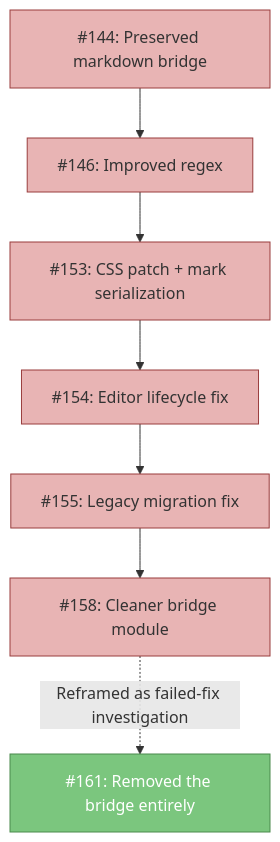
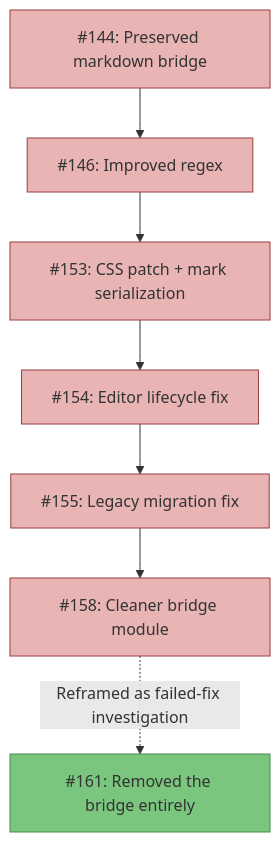
Before and after one commit to nathanjohnpayne/nathanpaynedotcom: the second of 5 diagrams in src/content/blog/six-prs-one-bug-agent-failure-modes.md, drawn with Mermaid. The commit also changed other lines of this file and 15 other files, not shown here.

Commit message:
fix(mermaid): enforce accessible label contrast (#748) (#750)

````diff
--- a/src/content/blog/six-prs-one-bug-agent-failure-modes.md
+++ b/src/content/blog/six-prs-one-bug-agent-failure-modes.md
@@ -155,17 +155,17 @@
 ```mermaid title="Six local fixes followed by one structural fix" description="Six pull requests preserve and refine the markdown bridge without resolving the bug; reframing the work as a failed-fix investigation leads to pull request 161, which removes the bridge."
 graph TD
     PR144["#144: Preserved markdown bridge"] --> PR146["#146: Improved regex"]
     PR146 --> PR153["#153: CSS patch + mark serialization"]
     PR153 --> PR154["#154: Editor lifecycle fix"]
     PR154 --> PR155["#155: Legacy migration fix"]
     PR155 --> PR158["#158: Cleaner bridge module"]
     PR158 -.->|"Reframed as failed-fix investigation"| PR161["#161: Removed the bridge entirely"]
 
     style PR144 fill:#e8b4b4,stroke:#993d3d,color:#333
     style PR146 fill:#e8b4b4,stroke:#993d3d,color:#333
     style PR153 fill:#e8b4b4,stroke:#993d3d,color:#333
     style PR154 fill:#e8b4b4,stroke:#993d3d,color:#333
     style PR155 fill:#e8b4b4,stroke:#993d3d,color:#333
     style PR158 fill:#e8b4b4,stroke:#993d3d,color:#333
-    style PR161 fill:#7bc67e,stroke:#4a8a4d,color:#fff
+    style PR161 fill:#7bc67e,stroke:#4a8a4d,color:#333
 ```
````
